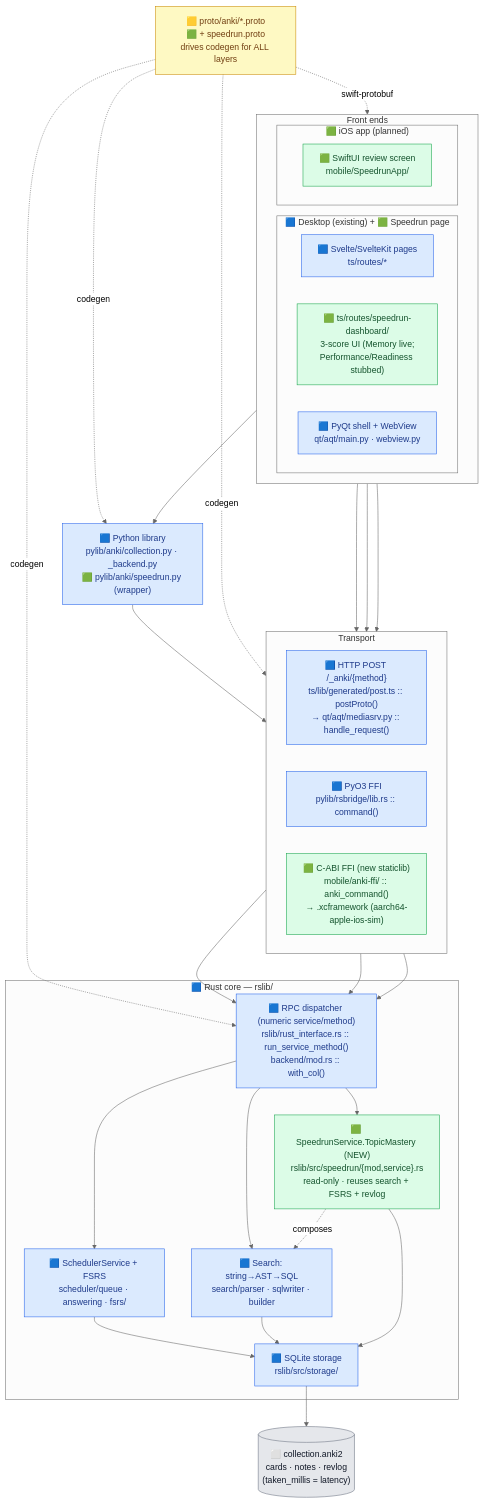
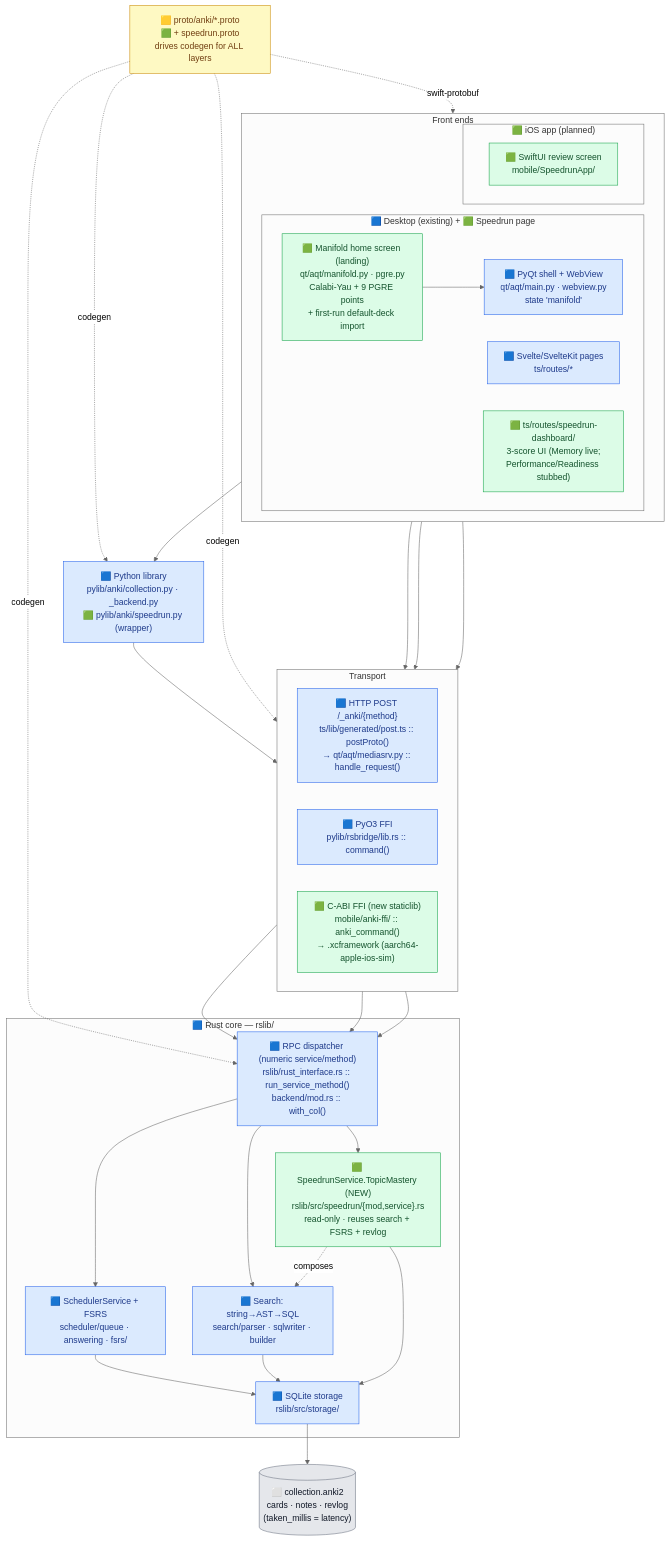
One commit to Gaurav-G141/anki changed the first of 5 diagrams in ARCHITECTURE_DIAGRAM.md. Above: the diagram before and after it, drawn with Mermaid (neutral theme). The commit also changed other lines of this file and 26 other files, not shown here.

````diff
--- a/ARCHITECTURE_DIAGRAM.md
+++ b/ARCHITECTURE_DIAGRAM.md
@@ -20,67 +20,69 @@
 ```mermaid
 flowchart TB
     subgraph CLIENTS["Front ends"]
         direction LR
         subgraph DESK["🟦 Desktop (existing) + 🟩 Speedrun page"]
             SK["🟦 Svelte/SvelteKit pages<br/>ts/routes/*"]
             DASH["🟩 ts/routes/speedrun-dashboard/<br/>3-score UI (Memory live;<br/>Performance/Readiness stubbed)"]
-            QT["🟦 PyQt shell + WebView<br/>qt/aqt/main.py · webview.py"]
+            MANI["🟩 Manifold home screen (landing)<br/>qt/aqt/manifold.py · pgre.py<br/>Calabi-Yau + 9 PGRE points<br/>+ first-run default-deck import"]
+            QT["🟦 PyQt shell + WebView<br/>qt/aqt/main.py · webview.py<br/>state 'manifold'"]
         end
         subgraph IOS["🟩 iOS app (planned)"]
             SWIFT["🟩 SwiftUI review screen<br/>mobile/SpeedrunApp/"]
         end
     end
 
     subgraph TRANSPORT["Transport"]
         direction LR
         HTTP["🟦 HTTP POST /_anki/{method}<br/>ts/lib/generated/post.ts :: postProto()<br/>→ qt/aqt/mediasrv.py :: handle_request()"]
         PYO3["🟦 PyO3 FFI<br/>pylib/rsbridge/lib.rs :: command()"]
         CFFI["🟩 C-ABI FFI (new staticlib)<br/>mobile/anki-ffi/ :: anki_command()<br/>→ .xcframework (aarch64-apple-ios-sim)"]
     end
 
     PYLIB["🟦 Python library<br/>pylib/anki/collection.py · _backend.py<br/>🟩 pylib/anki/speedrun.py (wrapper)"]
 
     subgraph CORE["🟦 Rust core — rslib/"]
         DISPATCH["🟦 RPC dispatcher (numeric service/method)<br/>rslib/rust_interface.rs :: run_service_method()<br/>backend/mod.rs :: with_col()"]
         SCHED["🟦 SchedulerService + FSRS<br/>scheduler/queue · answering · fsrs/"]
         SEARCH["🟦 Search: string→AST→SQL<br/>search/parser · sqlwriter · builder"]
         SPEED["🟩 SpeedrunService.TopicMastery (NEW)<br/>rslib/src/speedrun/{mod,service}.rs<br/>read-only · reuses search + FSRS + revlog"]
         STORE["🟦 SQLite storage<br/>rslib/src/storage/"]
     end
 
     DB[("⬜ collection.anki2<br/>cards · notes · revlog<br/>(taken_millis = latency)")]
     PROTO["🟨 proto/anki/*.proto<br/>🟩 + speedrun.proto<br/>drives codegen for ALL layers"]
 
     SK --> HTTP
     DASH --> HTTP
+    MANI --> QT
     QT --> PYLIB
     SWIFT --> CFFI
 
     HTTP --> DISPATCH
     PYLIB --> PYO3 --> DISPATCH
     CFFI --> DISPATCH
 
     DISPATCH --> SCHED
     DISPATCH --> SEARCH
     DISPATCH --> SPEED
     SPEED -.->|"composes"| SEARCH
     SCHED --> STORE
     SEARCH --> STORE
     SPEED --> STORE
     STORE --> DB
 
     PROTO -.->|codegen| DISPATCH
     PROTO -.->|codegen| HTTP
     PROTO -.->|codegen| PYLIB
     PROTO -.->|"swift-protobuf"| SWIFT
 
     classDef existing fill:#dbeafe,stroke:#2563eb,color:#1e3a8a;
     classDef new fill:#dcfce7,stroke:#16a34a,color:#14532d;
     classDef gen fill:#fef9c3,stroke:#ca8a04,color:#713f12;
     classDef store fill:#e5e7eb,stroke:#6b7280,color:#111827;
 
     class SK,QT,HTTP,PYO3,PYLIB,DISPATCH,SCHED,SEARCH,STORE existing;
-    class DASH,SWIFT,CFFI,SPEED new;
+    class DASH,MANI,SWIFT,CFFI,SPEED new;
     class PROTO gen;
     class DB store;
 ```
````
